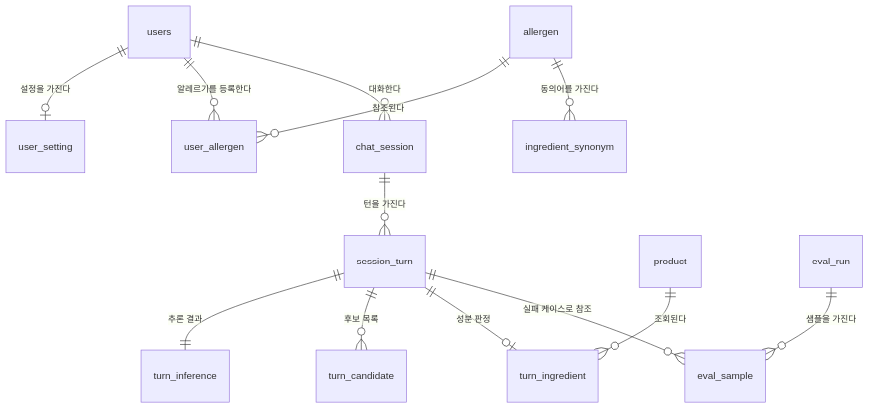
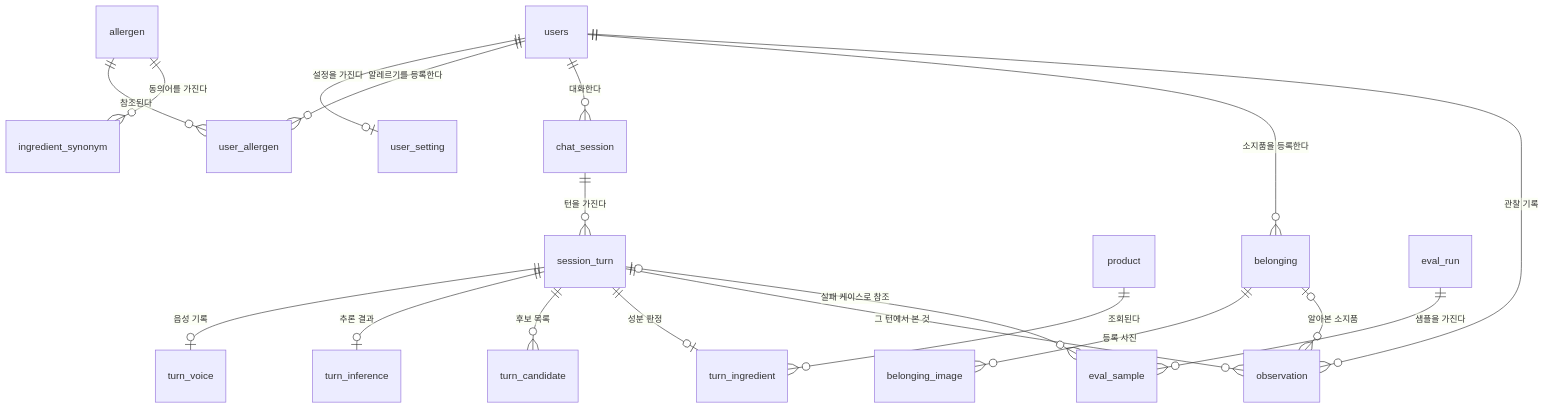
One commit to Mook-Industries/JARVISEO changed the diagram in docs/ERD.md. Above: the diagram before and after it, drawn with Mermaid. The commit also changed other lines of this file and 7 other files, not shown here.

````diff
--- a/docs/ERD.md
+++ b/docs/ERD.md
@@ -23,15 +25,21 @@
 ```mermaid
 erDiagram
     users ||--o| user_setting : "설정을 가진다"
     users ||--o{ user_allergen : "알레르기를 등록한다"
     allergen ||--o{ user_allergen : "참조된다"
     allergen ||--o{ ingredient_synonym : "동의어를 가진다"
     users ||--o{ chat_session : "대화한다"
     chat_session ||--o{ session_turn : "턴을 가진다"
-    session_turn ||--|| turn_inference : "추론 결과"
+    session_turn ||--o| turn_voice : "음성 기록"
+    session_turn ||--o| turn_inference : "추론 결과"
     session_turn ||--o{ turn_candidate : "후보 목록"
     session_turn ||--o| turn_ingredient : "성분 판정"
     product ||--o{ turn_ingredient : "조회된다"
+    users ||--o{ belonging : "소지품을 등록한다"
+    belonging ||--o{ belonging_image : "등록 사진"
+    users ||--o{ observation : "관찰 기록"
+    session_turn ||--o{ observation : "그 턴에서 본 것"
+    belonging |o--o{ observation : "알아본 소지품"
     eval_run ||--o{ eval_sample : "샘플을 가진다"
-    session_turn ||--o{ eval_sample : "실패 케이스로 참조"
+    session_turn |o--o{ eval_sample : "실패 케이스로 참조"
 ```
````
